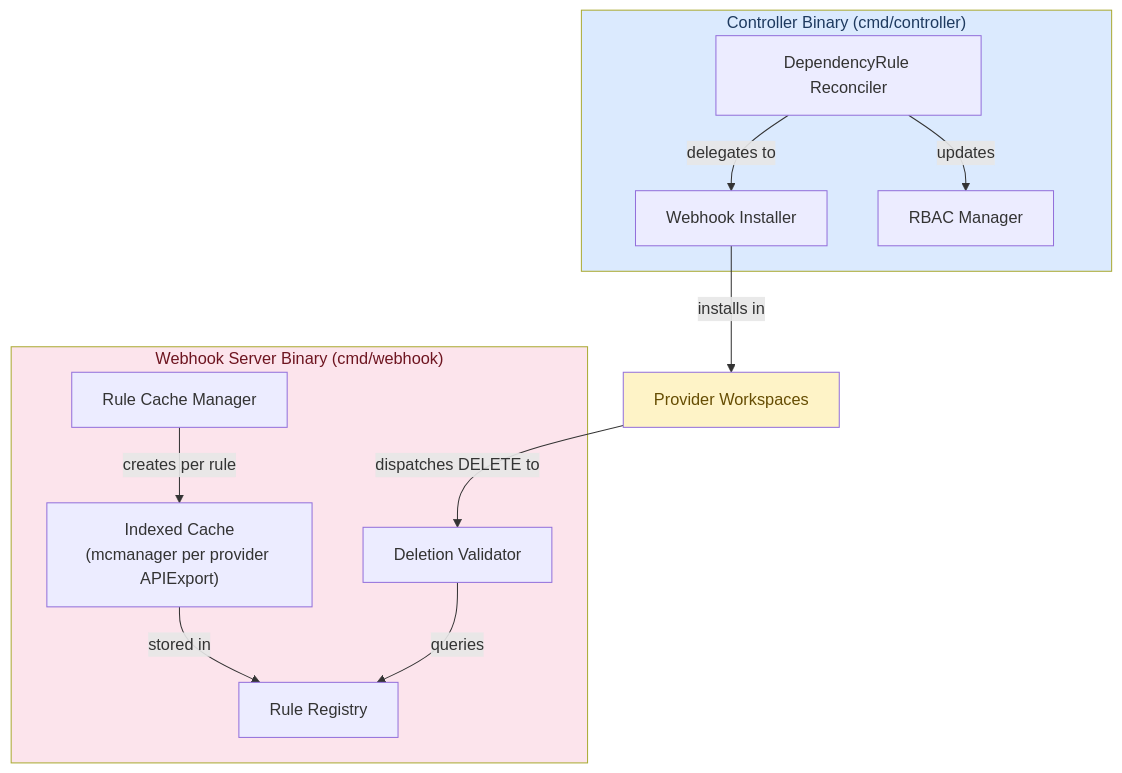
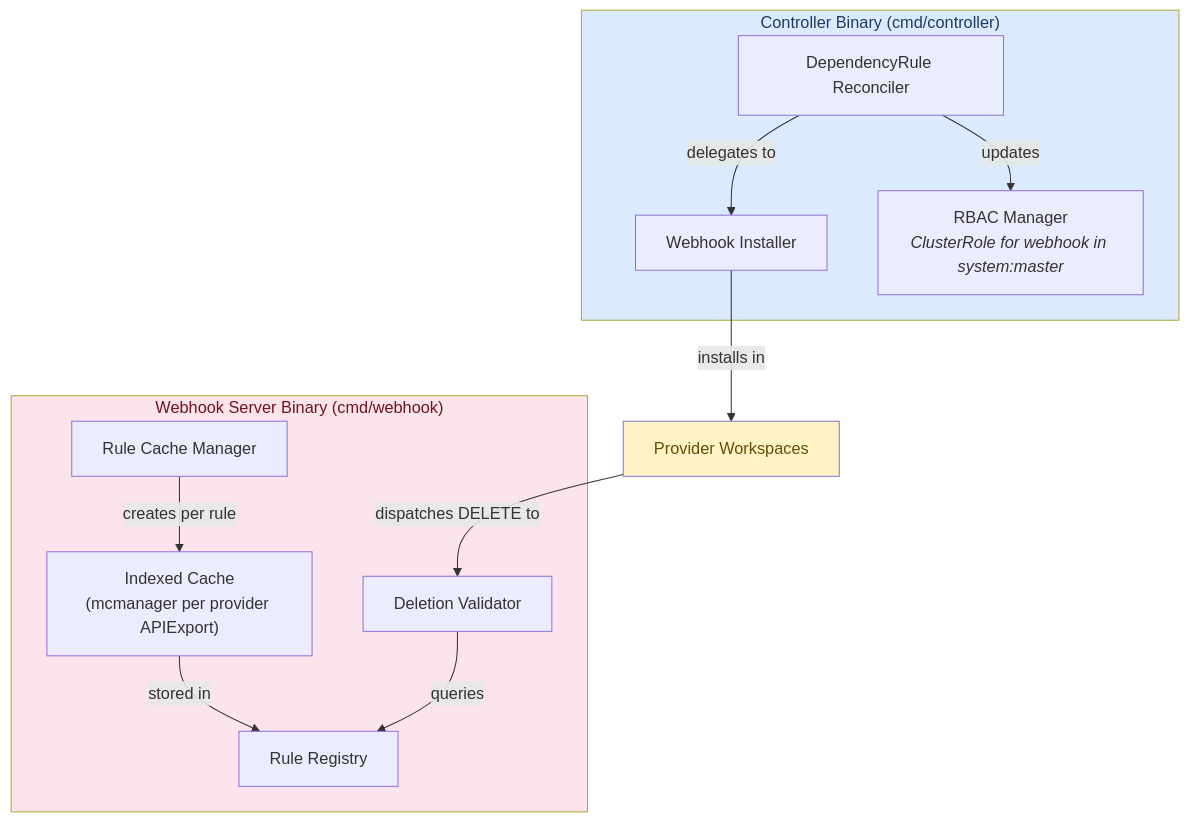
The second of 2 diagrams in docs/architecture.md (opendefensecloud/dependency-controller), drawn with Mermaid before and after one commit. The commit also changed other lines of this file and 2 other files, not shown here.

Commit message:
updated docs, made sure the role of rbac manager is clarified

````diff
--- a/docs/architecture.md
+++ b/docs/architecture.md
@@ -78,23 +79,23 @@
 ```mermaid
 flowchart TD
     subgraph Controller["Controller Binary (cmd/controller)"]
         DR["DependencyRule Reconciler"]
         DR -->|delegates to| WI["Webhook Installer"]
-        DR -->|updates| RBAC["RBAC Manager"]
+        DR -->|updates| RBAC["RBAC Manager<br/><i>ClusterRole for webhook in system:master</i>"]
     end
 
     subgraph Webhook["Webhook Server Binary (cmd/webhook)"]
         RCM["Rule Cache Manager"]
         RCM -->|"creates per rule"| IC["Indexed Cache<br/>(mcmanager per provider APIExport)"]
         IC -->|"stored in"| RR["Rule Registry"]
         DV["Deletion Validator"]
         DV -->|"queries"| RR
     end
 
     WI -->|"installs in"| PW["Provider Workspaces"]
     PW -->|"dispatches DELETE to"| DV
 
     style Controller fill:#dbeafe,color:#1e3a5f
     style Webhook fill:#fce4ec,color:#6e1520
     style PW fill:#fef3c7,color:#664d03
 ```
````
